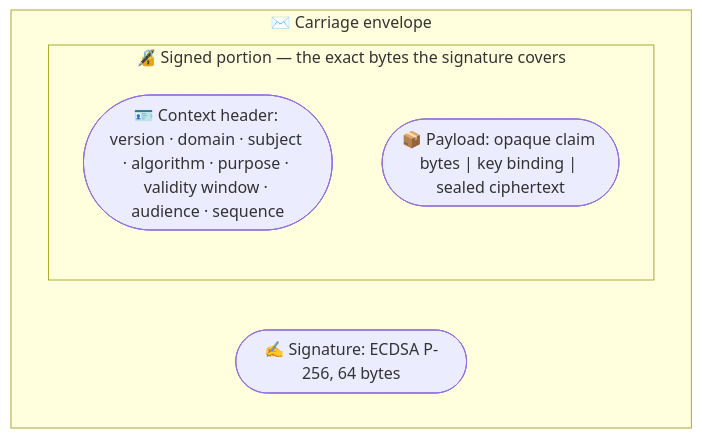
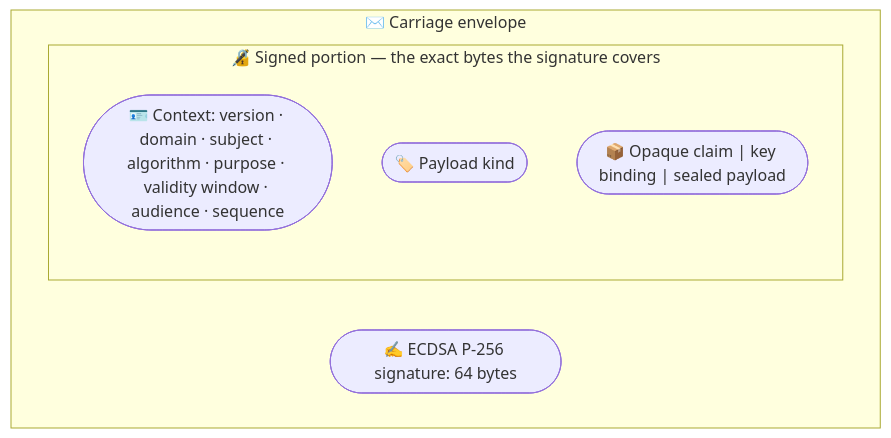
The second of 2 diagrams in src/Puck.Carriage/README.md (ByteTerrace/Puck), drawn with Mermaid before and after one commit. The commit also changed other lines of this file and 12 other files, not shown here.

````diff
--- a/src/Puck.Carriage/README.md
+++ b/src/Puck.Carriage/README.md
@@ -69,10 +75,11 @@
 ```mermaid
 graph TB
     subgraph Envelope ["✉️ Carriage envelope"]
         subgraph Signed ["🔏 Signed portion — the exact bytes the signature covers"]
-            Header(["🪪 Context header: version · domain · subject · algorithm · purpose · validity window · audience · sequence"])
-            Payload(["📦 Payload: opaque claim bytes | key binding | sealed ciphertext"])
+            Header(["🪪 Context: version · domain · subject · algorithm · purpose · validity window · audience · sequence"])
+            Kind(["🏷️ Payload kind"])
+            Payload(["📦 Opaque claim | key binding | sealed payload"])
         end
-        Signature(["✍️ Signature: ECDSA P-256, 64 bytes"])
+        Signature(["✍️ ECDSA P-256 signature: 64 bytes"])
     end
 ```
````
